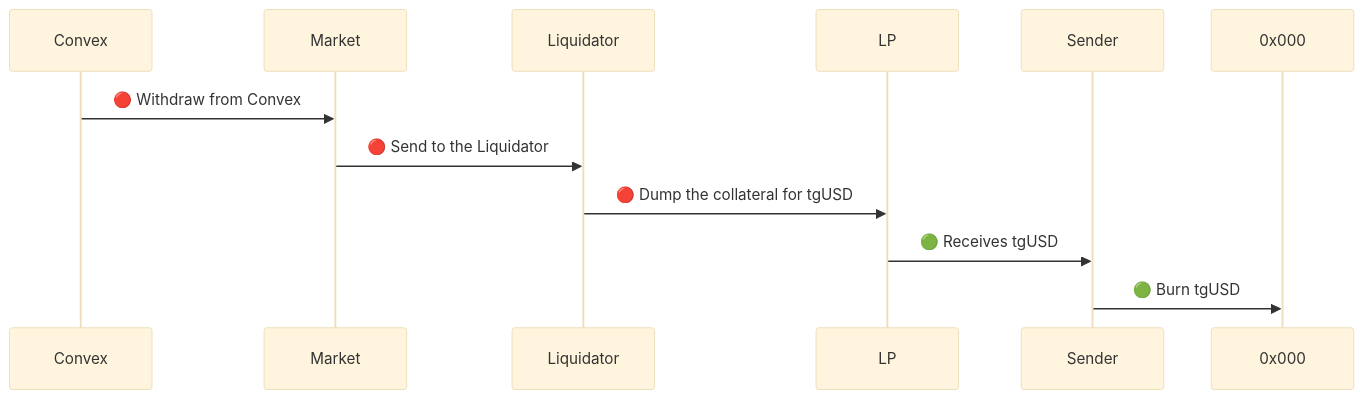
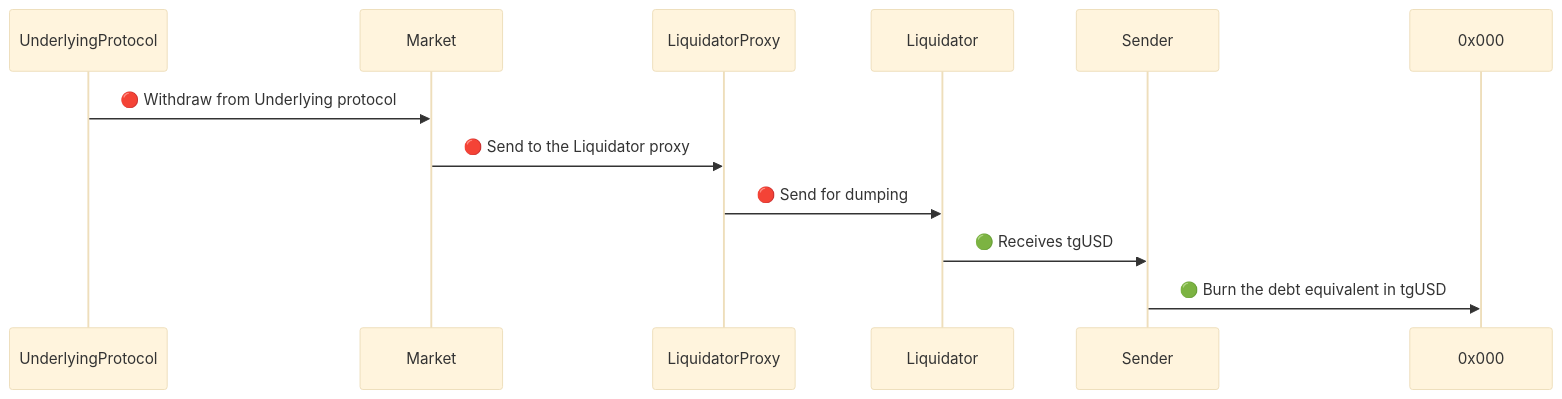
The first of 2 diagrams in documentation/features/Liquidations.md (Tangent-labs/tangent-contracts), drawn with Mermaid (base theme) before and after one commit. The commit also changed other lines of this file and 29 other files, not shown here.

````diff
--- a/documentation/features/Liquidations.md
+++ b/documentation/features/Liquidations.md
@@ -21,10 +21,9 @@
 ```mermaid
 sequenceDiagram
-    Convex->>Market: 🔴 Withdraw from Convex
-    Market->>Liquidator : 🔴 Send to the Liquidator
-    Liquidator->>LP : 🔴 Dump the collateral for tgUSD
-    LP->>Sender: 🟢 Receives tgUSD
-    Sender->> 0x000 : 🟢 Burn tgUSD
-
+    UnderlyingProtocol->>Market:🔴 Withdraw from Underlying protocol
+    Market->>LiquidatorProxy :🔴 Send to the Liquidator proxy
+    LiquidatorProxy->>Liquidator : 🔴 Send for dumping
+    Liquidator->>Sender: 🟢 Receives tgUSD
+    Sender->> 0x000 : 🟢 Burn the debt equivalent in tgUSD
 
 ```
````
